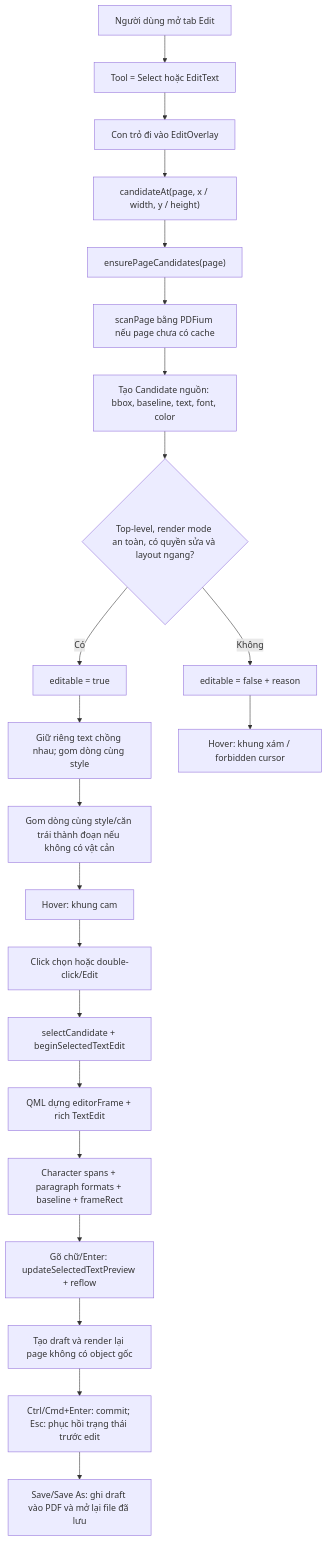
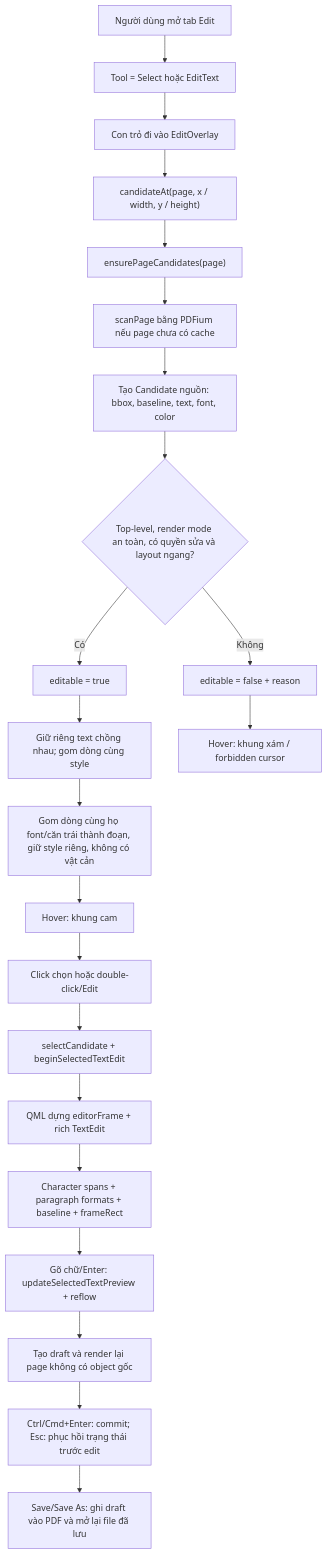
The diagram in docs/text-editing-pipeline.md (RaymondHuy/TrePDF), drawn with Mermaid before and after one commit. The commit also changed other lines of this file and 6 other files, not shown here.

````diff
--- a/docs/text-editing-pipeline.md
+++ b/docs/text-editing-pipeline.md
@@ -25,24 +25,24 @@
 ```mermaid
 flowchart TD
     A["Người dùng mở tab Edit"] --> B["Tool = Select hoặc EditText"]
     B --> C["Con trỏ đi vào EditOverlay"]
     C --> D["candidateAt(page, x / width, y / height)"]
     D --> E["ensurePageCandidates(page)"]
     E --> F["scanPage bằng PDFium nếu page chưa có cache"]
     F --> G["Tạo Candidate nguồn: bbox, baseline, text, font, color"]
     G --> H{"Top-level, render mode an toàn, có quyền sửa và layout ngang?"}
     H -- Có --> I["editable = true"]
     H -- Không --> J["editable = false + reason"]
     I --> IA["Giữ riêng text chồng nhau; gom dòng cùng style"]
-    IA --> IB["Gom dòng cùng style/căn trái thành đoạn nếu không có vật cản"]
+    IA --> IB["Gom dòng cùng họ font/căn trái thành đoạn, giữ style riêng, không có vật cản"]
     IB --> K["Hover: khung cam"]
     J --> L["Hover: khung xám / forbidden cursor"]
     K --> M["Click chọn hoặc double-click/Edit"]
     M --> N["selectCandidate + beginSelectedTextEdit"]
     N --> O["QML dựng editorFrame + rich TextEdit"]
     O --> P["Character spans + paragraph formats + baseline + frameRect"]
     P --> Q["Gõ chữ/Enter: updateSelectedTextPreview + reflow"]
     Q --> R["Tạo draft và render lại page không có object gốc"]
     R --> S["Ctrl/Cmd+Enter: commit; Esc: phục hồi trạng thái trước edit"]
     S --> T["Save/Save As: ghi draft vào PDF và mở lại file đã lưu"]
 ```
````
